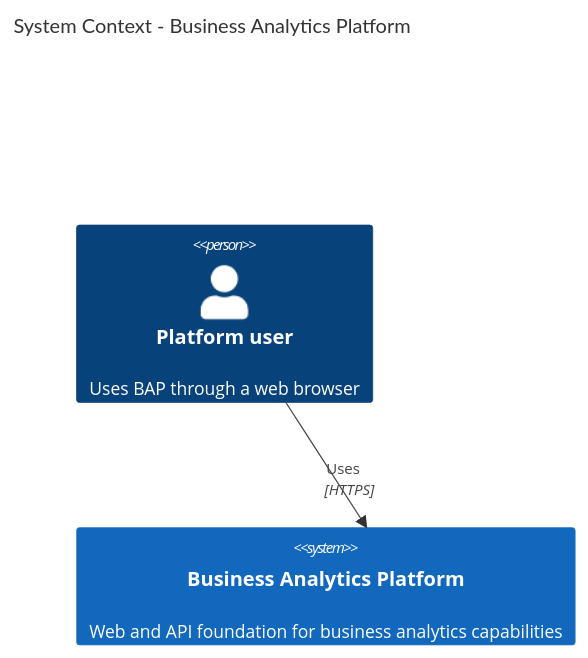
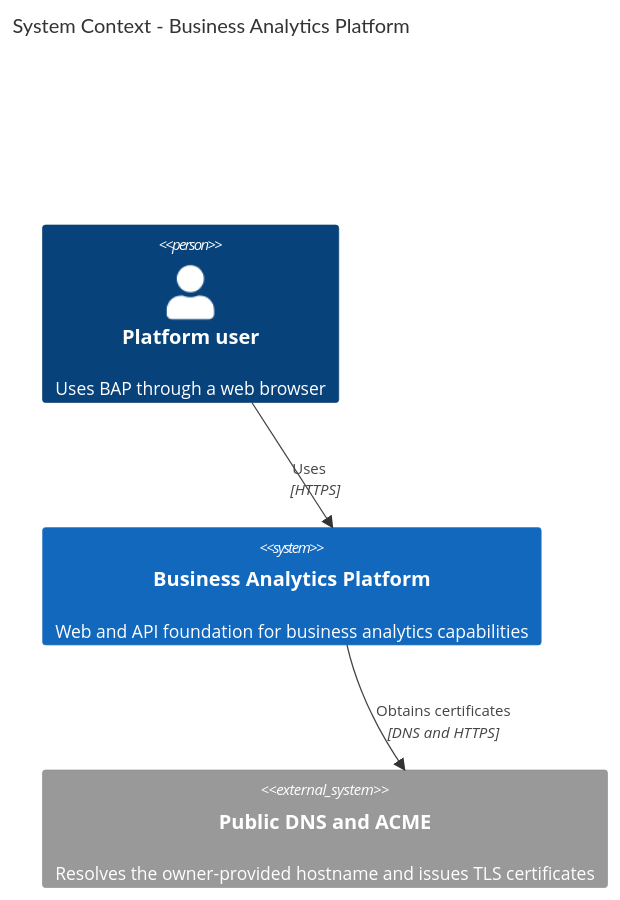
Before and after one commit to hlebtkachenko/analytics: the first of 4 diagrams in ARCHITECTURE.md, drawn with Mermaid. The commit also changed other lines of this file and 160 other files, not shown here.

````diff
--- a/ARCHITECTURE.md
+++ b/ARCHITECTURE.md
@@ -12,9 +12,11 @@
 ```mermaid
 C4Context
   title System Context - Business Analytics Platform
 
   Person(user, "Platform user", "Uses BAP through a web browser")
   System(bap, "Business Analytics Platform", "Web and API foundation for business analytics capabilities")
+  System_Ext(dns, "Public DNS and ACME", "Resolves the owner-provided hostname and issues TLS certificates")
 
   Rel(user, bap, "Uses", "HTTPS")
+  Rel(bap, dns, "Obtains certificates", "DNS and HTTPS")
 ```
````
